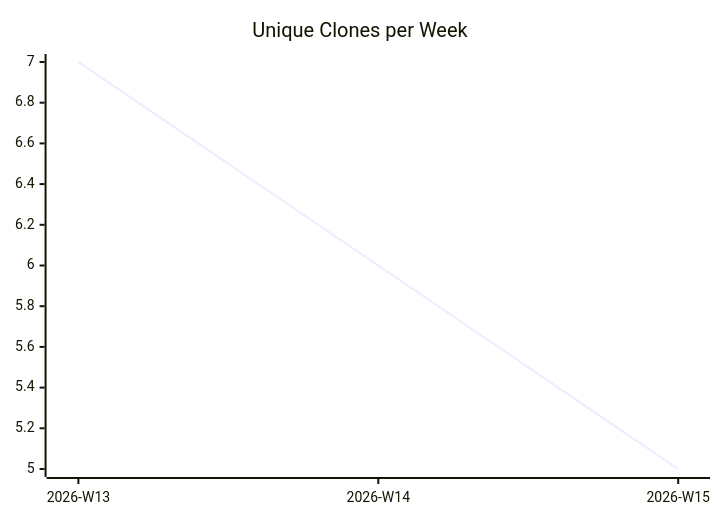
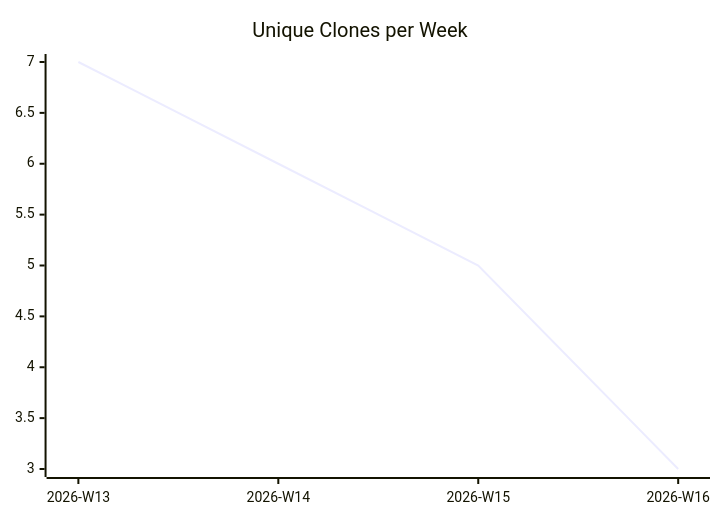
Before and after one commit to justdavis-family/github-analytics-data: the third of 3 diagrams in karlmdavis/lego-ev3dev-rs/README.md, drawn with Mermaid. The commit also changed other lines of this file and 173 other files, not shown here.

````diff
--- a/karlmdavis/lego-ev3dev-rs/README.md
+++ b/karlmdavis/lego-ev3dev-rs/README.md
@@ -19,6 +19,6 @@
 ```mermaid
 xychart-beta
   title "Unique Clones per Week"
-  x-axis ["2026-W13", "2026-W14", "2026-W15"]
-  line [7, 6, 5]
+  x-axis ["2026-W13", "2026-W14", "2026-W15", "2026-W16"]
+  line [7, 6, 5, 3]
 ```
````
